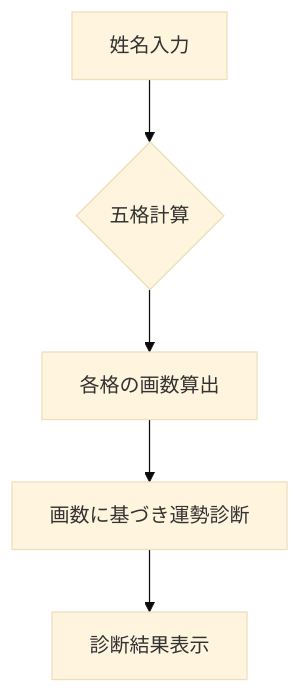
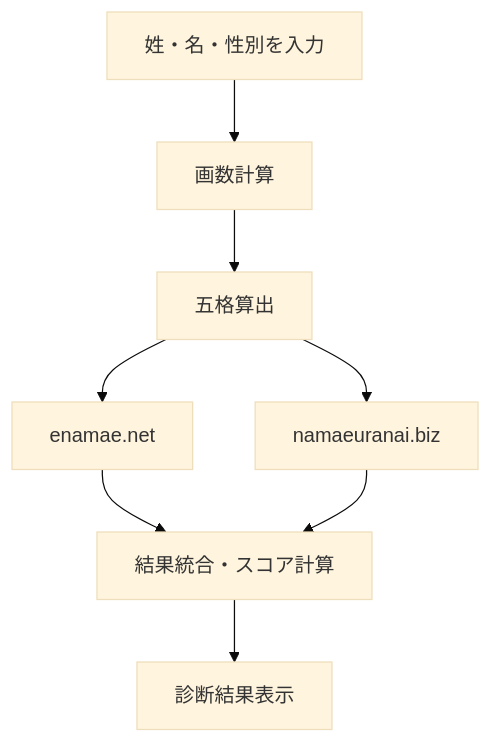
Before and after one commit to santa928/nameFortuneJp: the first of 3 diagrams in docs/機能一覧.md, drawn with Mermaid (base theme). The commit also changed other lines of this file and 3 other files, not shown here.

````diff
--- a/docs/機能一覧.md
+++ b/docs/機能一覧.md
@@ -13,7 +19,10 @@
 ```mermaid
 graph TD
-    A[姓名入力] --> B{五格計算};
-    B --> C[各格の画数算出];
-    C --> D[画数に基づき運勢診断];
-    D --> E[診断結果表示];
+    A[姓・名・性別を入力] --> B[画数計算]
+    B --> C[五格算出]
+    C --> D[enamae.net]
+    C --> E[namaeuranai.biz]
+    D --> F[結果統合・スコア計算]
+    E --> F
+    F --> G[診断結果表示]
 ```
````
